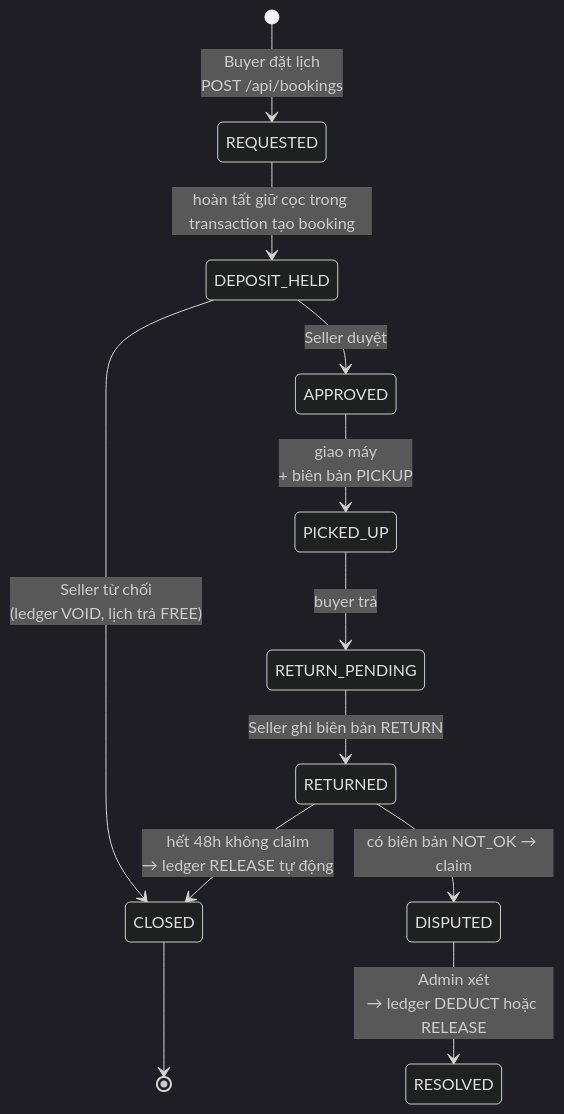
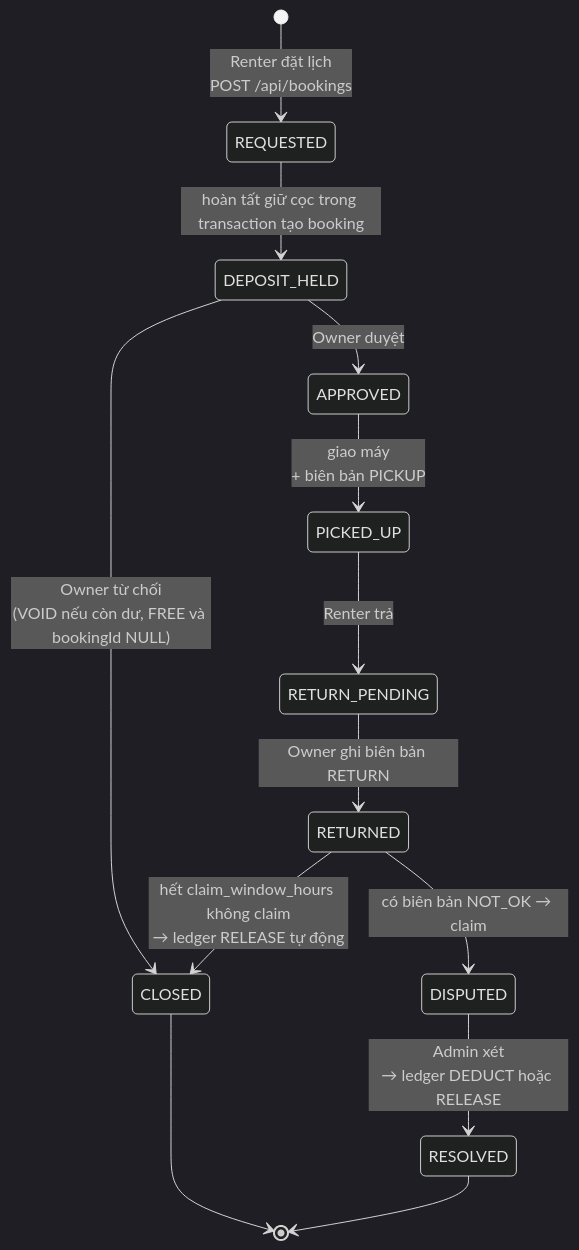
One commit to BTL-IT3180/gearloop changed the second of 3 diagrams in doc/data-model.md. Above: the diagram before and after it, drawn with Mermaid (dark theme). The commit also changed other lines of this file and 25 other files, not shown here.

First line of the commit message:
Refactor/owner renter naming (#196)

````diff
--- a/doc/data-model.md
+++ b/doc/data-model.md
@@ -256,14 +336,15 @@
 ```mermaid
 stateDiagram-v2
-    [*] --> REQUESTED : Buyer đặt lịch<br/>POST /api/bookings
+    [*] --> REQUESTED : Renter đặt lịch<br/>POST /api/bookings
     REQUESTED --> DEPOSIT_HELD : hoàn tất giữ cọc trong transaction tạo booking
-    DEPOSIT_HELD --> APPROVED : Seller duyệt
-    DEPOSIT_HELD --> CLOSED : Seller từ chối<br/>(ledger VOID, lịch trả FREE)
+    DEPOSIT_HELD --> APPROVED : Owner duyệt
+    DEPOSIT_HELD --> CLOSED : Owner từ chối<br/>(VOID nếu còn dư, FREE và bookingId NULL)
     APPROVED --> PICKED_UP : giao máy<br/>+ biên bản PICKUP
-    PICKED_UP --> RETURN_PENDING : buyer trả
-    RETURN_PENDING --> RETURNED : Seller ghi biên bản RETURN
-    RETURNED --> CLOSED : hết 48h không claim<br/>→ ledger RELEASE tự động
+    PICKED_UP --> RETURN_PENDING : Renter trả
+    RETURN_PENDING --> RETURNED : Owner ghi biên bản RETURN
+    RETURNED --> CLOSED : hết claim_window_hours không claim<br/>→ ledger RELEASE tự động
     RETURNED --> DISPUTED : có biên bản NOT_OK → claim
     DISPUTED --> RESOLVED : Admin xét<br/>→ ledger DEDUCT hoặc RELEASE
     CLOSED --> [*]
+    RESOLVED --> [*]
 ```
````
